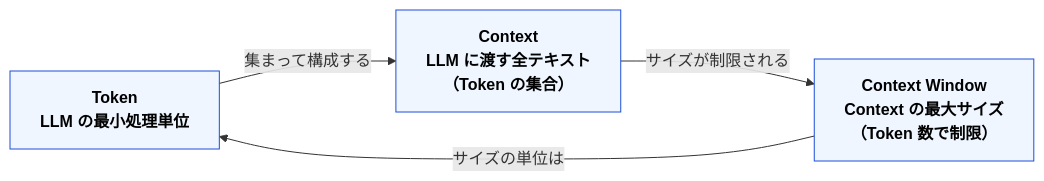
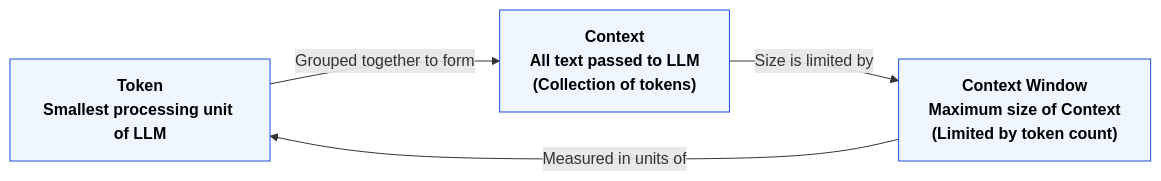
The fifth of 5 diagrams in docs/02-context-window/token-context-basics.md (shuji-bonji/understanding-llm-through-claude-code), drawn with Mermaid before and after one commit. The commit also changed other lines of this file and 100 other files, not shown here.

````diff
--- a/docs/02-context-window/token-context-basics.md
+++ b/docs/02-context-window/token-context-basics.md
@@ -211,13 +213,13 @@
 ```mermaid
 graph LR
-    TOKEN["Token<br/>LLM の最小処理単位"]
-    CONTEXT["Context<br/>LLM に渡す全テキスト<br/>（Token の集合）"]
-    CW["Context Window<br/>Context の最大サイズ<br/>（Token 数で制限）"]
+    TOKEN["Token<br/>Smallest processing unit of LLM"]
+    CONTEXT["Context<br/>All text passed to LLM<br/>(Collection of tokens)"]
+    CW["Context Window<br/>Maximum size of Context<br/>(Limited by token count)"]
 
-    TOKEN -->|"集まって構成する"| CONTEXT
-    CONTEXT -->|"サイズが制限される"| CW
-    CW -->|"サイズの単位は"| TOKEN
+    TOKEN -->|"Grouped together to form"| CONTEXT
+    CONTEXT -->|"Size is limited by"| CW
+    CW -->|"Measured in units of"| TOKEN
 
     classDef concept fill:#eff6ff,stroke:#1d4ed8,color:#000,font-weight:bold
     class TOKEN,CONTEXT,CW concept
 ```
````
